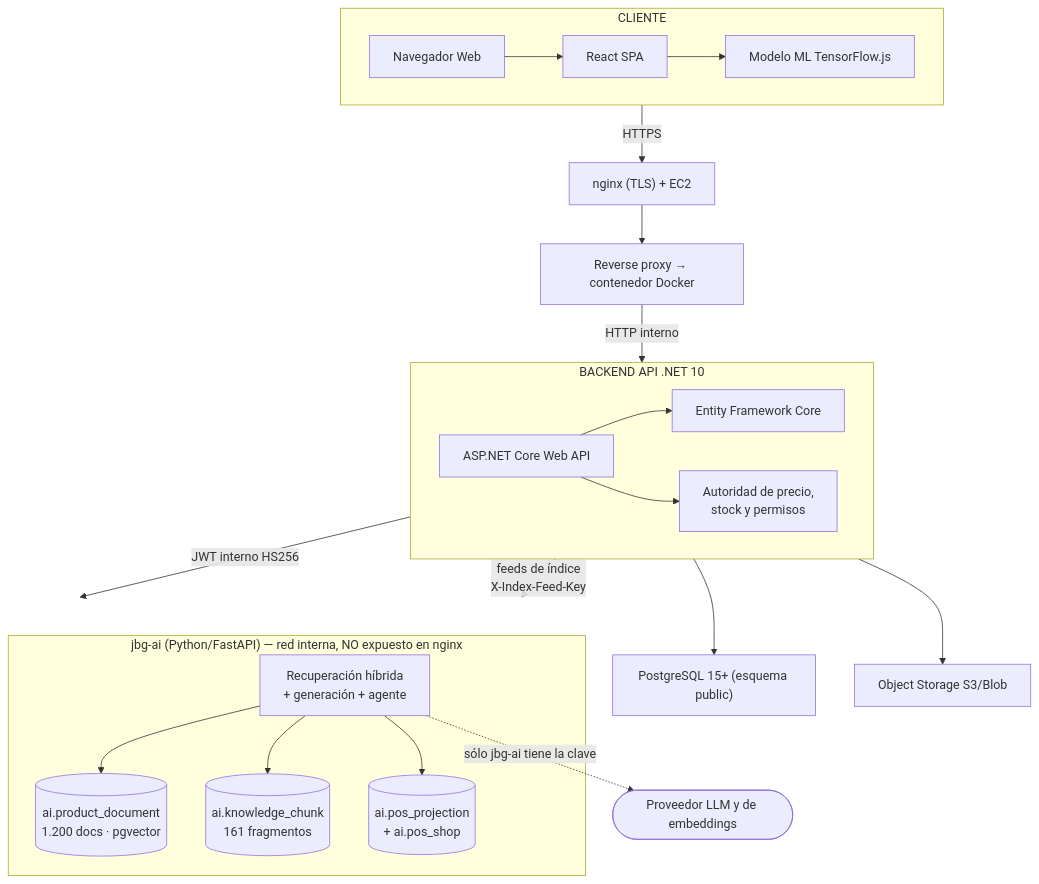
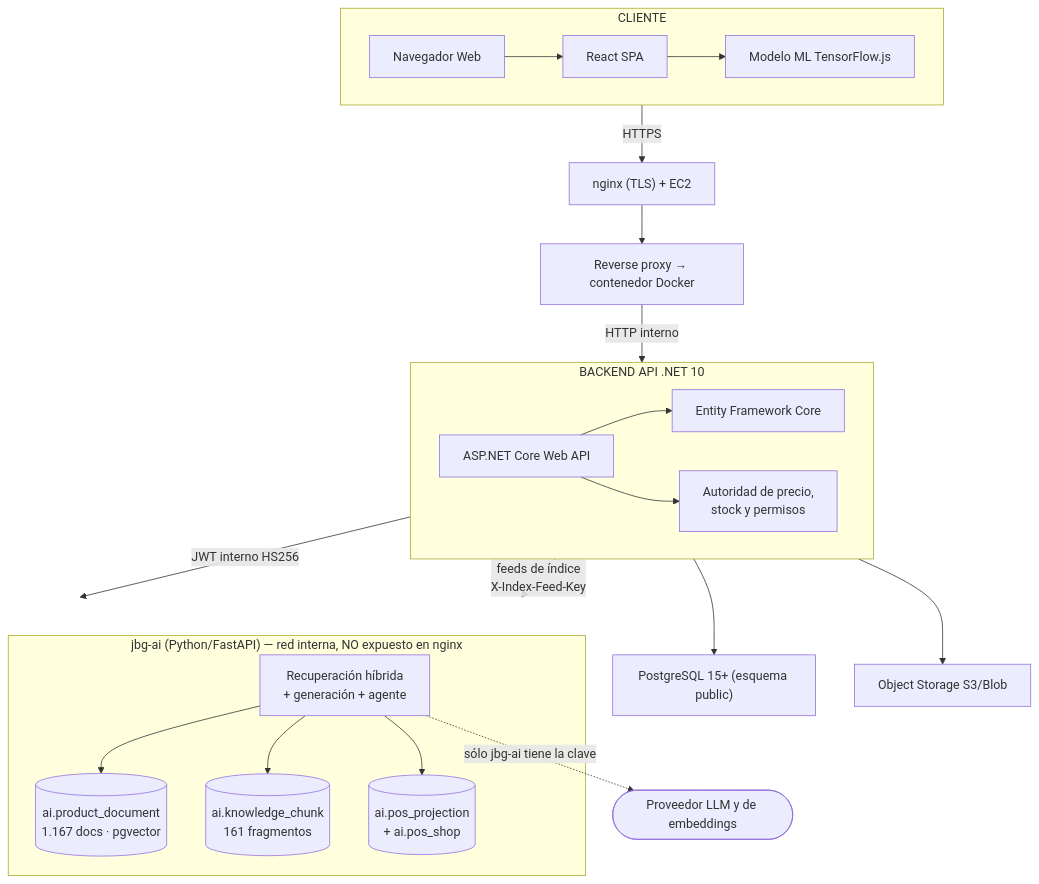
One commit to SValduezaL/joiabagur-pv changed the first of 4 diagrams in README.md. Above: the diagram before and after it, drawn with Mermaid. The commit also changed other lines of this file and 7 other files, not shown here.

````diff
--- a/README.md
+++ b/README.md
@@ -149,39 +289,39 @@
 ```mermaid
 flowchart TB
     subgraph Cliente["CLIENTE"]
         Browser["Navegador Web"]
         SPA["React SPA"]
         ML["Modelo ML TensorFlow.js"]
         Browser --> SPA
         SPA --> ML
     end
     Nginx["nginx (TLS) + EC2"]
     Gateway["Reverse proxy → contenedor Docker"]
     subgraph Backend["BACKEND API .NET 10"]
         API["ASP.NET Core Web API"]
         EF["Entity Framework Core"]
         Auth["Autoridad de precio,<br/>stock y permisos"]
         API --> EF
         API --> Auth
     end
     subgraph AIS["jbg-ai (Python/FastAPI) — red interna, NO expuesto en nginx"]
         AI["Recuperación híbrida<br/>+ generación + agente"]
-        IdxP[("ai.product_document<br/>1.200 docs · pgvector")]
+        IdxP[("ai.product_document<br/>1.167 docs · pgvector")]
         IdxK[("ai.knowledge_chunk<br/>161 fragmentos")]
         Proj[("ai.pos_projection<br/>+ ai.pos_shop")]
         AI --> IdxP
         AI --> IdxK
         AI --> Proj
     end
     DB["PostgreSQL 15+ (esquema public)"]
     Storage["Object Storage S3/Blob"]
     LLM(["Proveedor LLM y de embeddings"])
     Cliente -->|HTTPS| Nginx
     Nginx --> Gateway
     Gateway -->|HTTP interno| Backend
     Backend --> DB
     Backend --> Storage
     Backend -->|JWT interno HS256| AIS
     AI -.->|sólo jbg-ai tiene la clave| LLM
     Backend -.->|feeds de índice<br/>X-Index-Feed-Key| AIS
 ```
````
